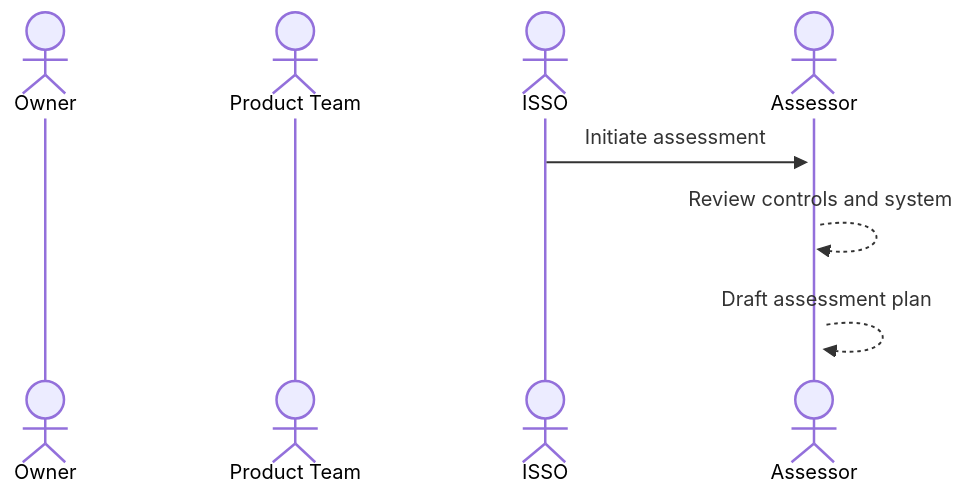
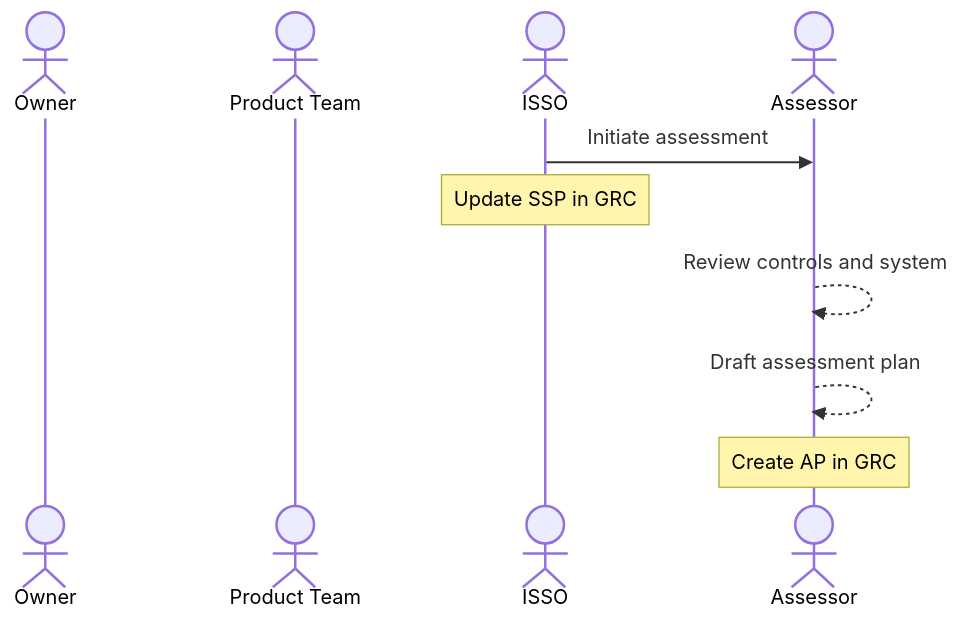
The diagram in docs/support/rmf5.1_assess_plan.mermaid (aj-stein-nist/oscal-2023-workshop), drawn with Mermaid before and after one commit. The commit also changed 8 other files, not shown here.

Commit message:
Many slide and diagram updates from Nikita.

```diff
--- a/docs/support/rmf5.1_assess_plan.mermaid
+++ b/docs/support/rmf5.1_assess_plan.mermaid
@@ -1,8 +1,10 @@
 sequenceDiagram
     actor Owner
     actor Product Team
     actor ISSO
     actor Assessor
-    ISSO->>+Assessor: Initiate assessment
-    Assessor-->>+Assessor: Review controls and system
-    Assessor-->>+Assessor: Draft assessment plan
+    ISSO->>Assessor: Initiate assessment
+    Note over ISSO: Update SSP in GRC
+    Assessor-->>Assessor: Review controls and system
+    Assessor-->>Assessor: Draft assessment plan
+    Note over Assessor: Create AP in GRC
```
